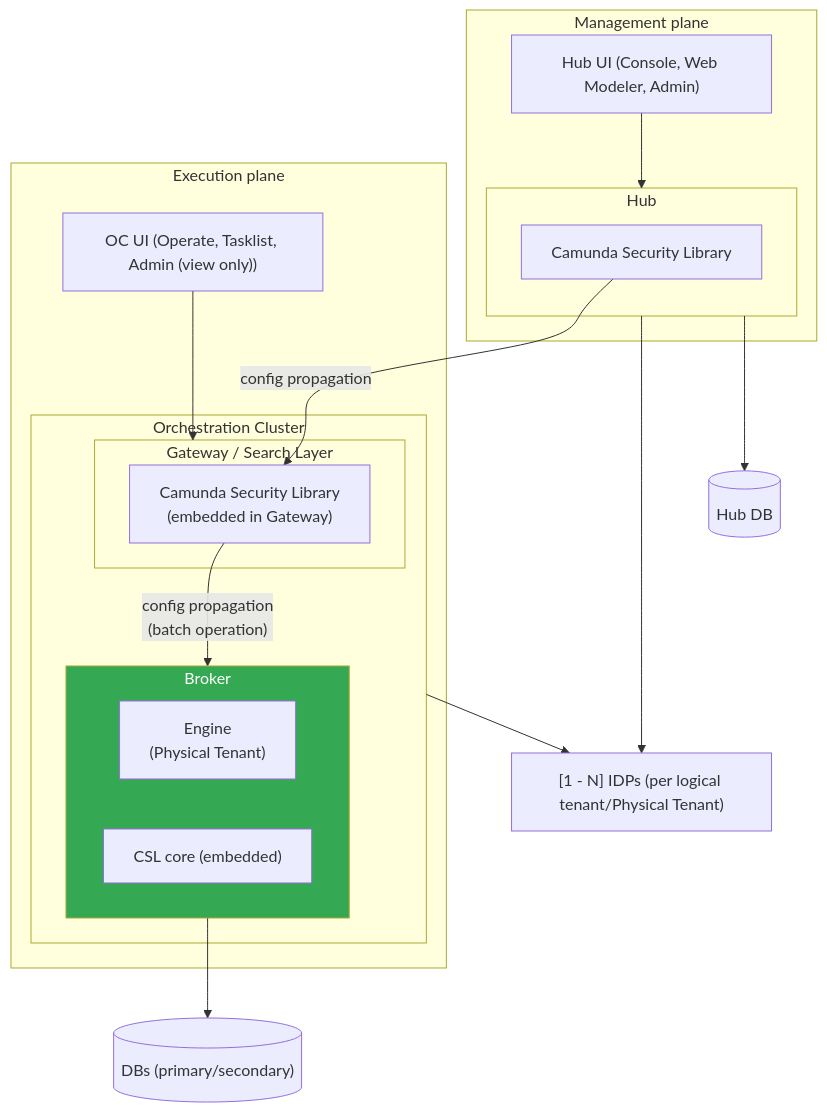
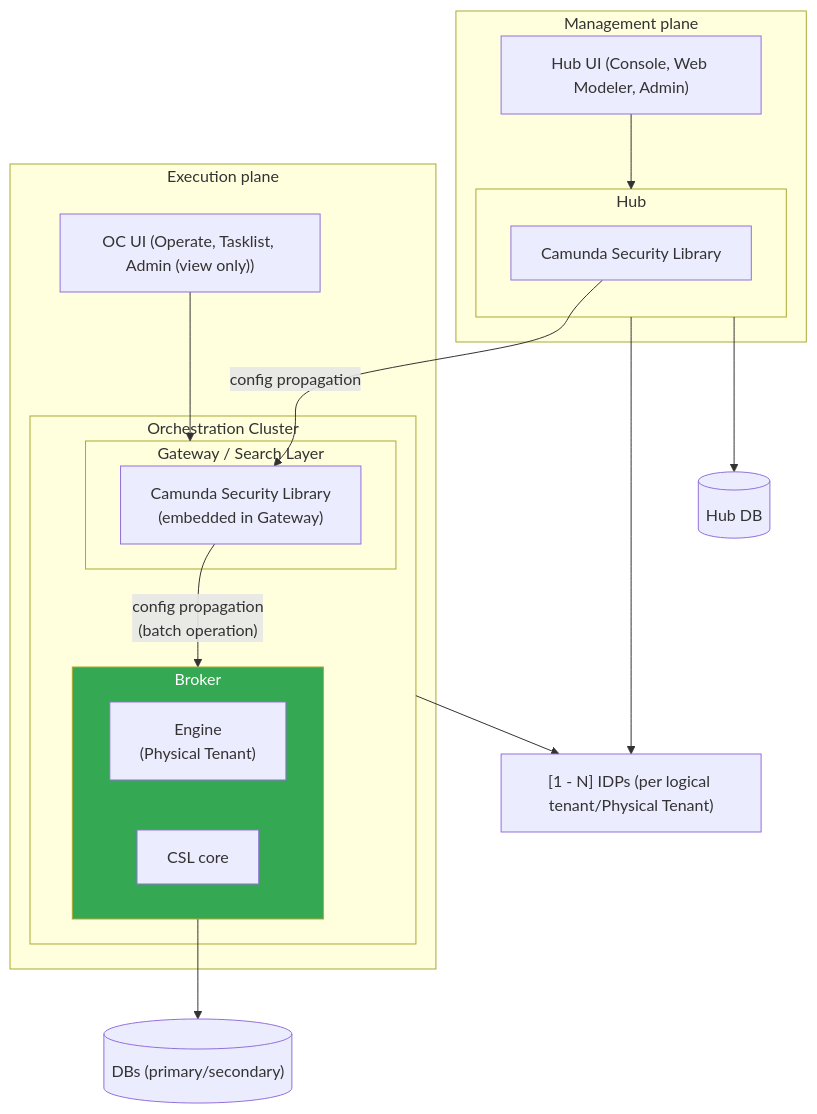
One commit to camunda/camunda-security-library changed the first of 8 diagrams in docs/architecture/05-building-block-view.md. Above: the diagram before and after it, drawn with Mermaid. The commit also changed other lines of this file and 6 other files, not shown here.

````diff
--- a/docs/architecture/05-building-block-view.md
+++ b/docs/architecture/05-building-block-view.md
@@ -15,42 +15,42 @@
 ```mermaid
 flowchart TB
   subgraph Mgmt["Management plane"]
     HubUi["Hub UI (Console, Web Modeler, Admin)"]
 
     subgraph Hub["Hub"]
       SecGatHub["Camunda Security Library"]
     end
 
     HubUi --> Hub
   end
 
   subgraph Execution["Execution plane"]
     OcUi["OC UI (Operate, Tasklist, Admin (view only))"]
 
     subgraph OC["Orchestration Cluster"]
       subgraph GatewayLayer["Gateway / Search Layer"]
         SecGatOC["Camunda Security Library</br>(embedded in Gateway)"]
       end
 
       subgraph Broker["Broker"]
         Engine["Engine</br>(Physical Tenant)"]
-        CslCore["CSL core (embedded)"]
+        CslCore["CSL core"]
       end
 
       SecGatOC -->|"config propagation</br>(batch operation)"| Broker
     end
 
     OcUi --> GatewayLayer
   end
 
   IdPs["[1 - N] IDPs (per logical tenant/Physical Tenant)"]
   DBs[("DBs (primary/secondary)")]
   HubDb[("Hub DB")]
 
   SecGatHub -->|"config propagation"| SecGatOC
   Broker --> DBs
   OC & Hub --> IdPs
   Hub --> HubDb
 
   style Broker fill:#34a853,color:#fff
 ```
````
